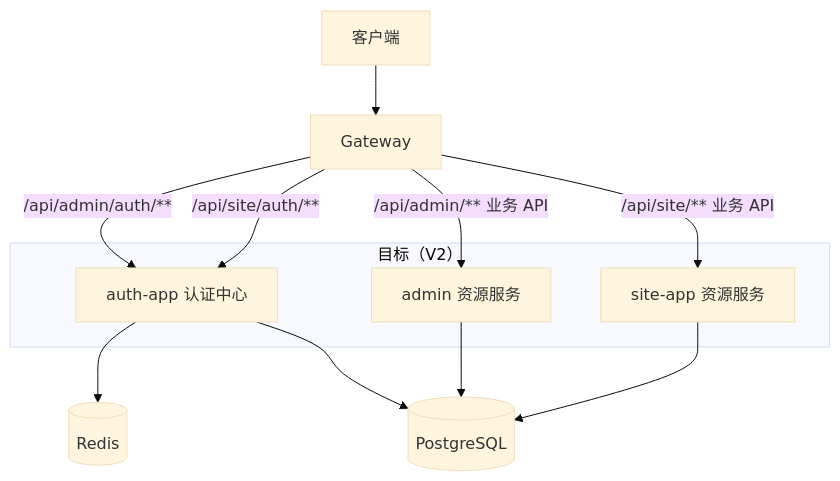
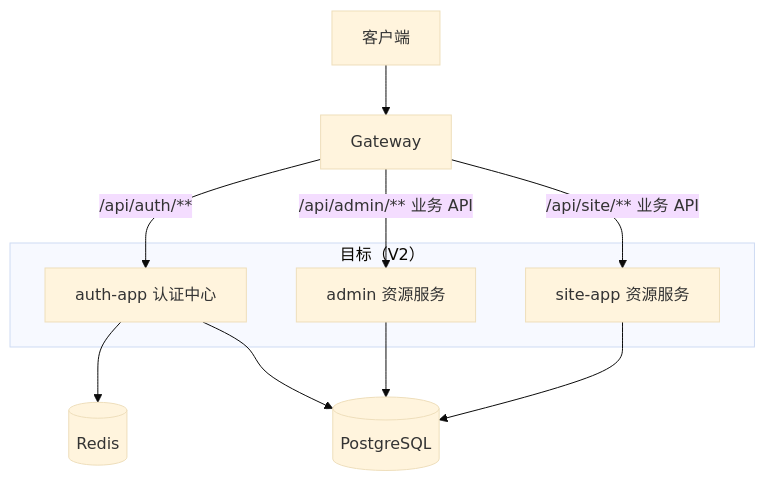
The third of 3 diagrams in docs/website-services/设计文档/认证与安全/阶段4D-Auth独立认证服务架构回归设计与迁移方案.md (hqjiayou/my-website), drawn with Mermaid (base theme) before and after one commit. The commit also changed other lines of this file and 116 other files, not shown here.

````diff
--- a/docs/website-services/设计文档/认证与安全/阶段4D-Auth独立认证服务架构回归设计与迁移方案.md
+++ b/docs/website-services/设计文档/认证与安全/阶段4D-Auth独立认证服务架构回归设计与迁移方案.md
@@ -136,26 +136,25 @@
 ```mermaid
 flowchart TB
   Client[客户端]
   GW[Gateway]
 
   subgraph target["目标（V2）"]
     AUTH[auth-app 认证中心]
     ADM[admin 资源服务]
     SITE[site-app 资源服务]
   end
 
   Redis[(Redis)]
   PG[(PostgreSQL)]
 
   Client --> GW
-  GW -->|"/api/admin/auth/**"| AUTH
-  GW -->|"/api/site/auth/**"| AUTH
+  GW -->|"/api/auth/**"| AUTH
   GW -->|"/api/admin/**" 业务 API| ADM
   GW -->|"/api/site/**" 业务 API| SITE
 
   AUTH --> Redis
   AUTH --> PG
 
   ADM --> PG
   SITE --> PG
 ```
````
